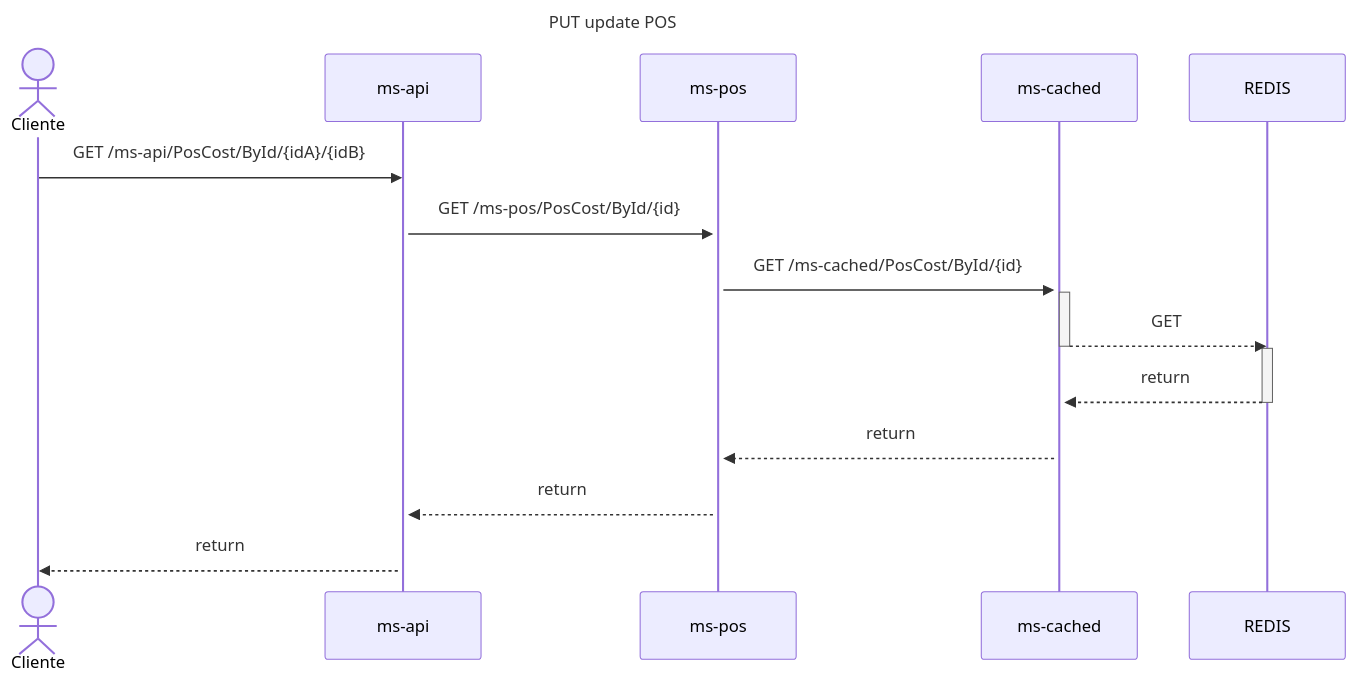
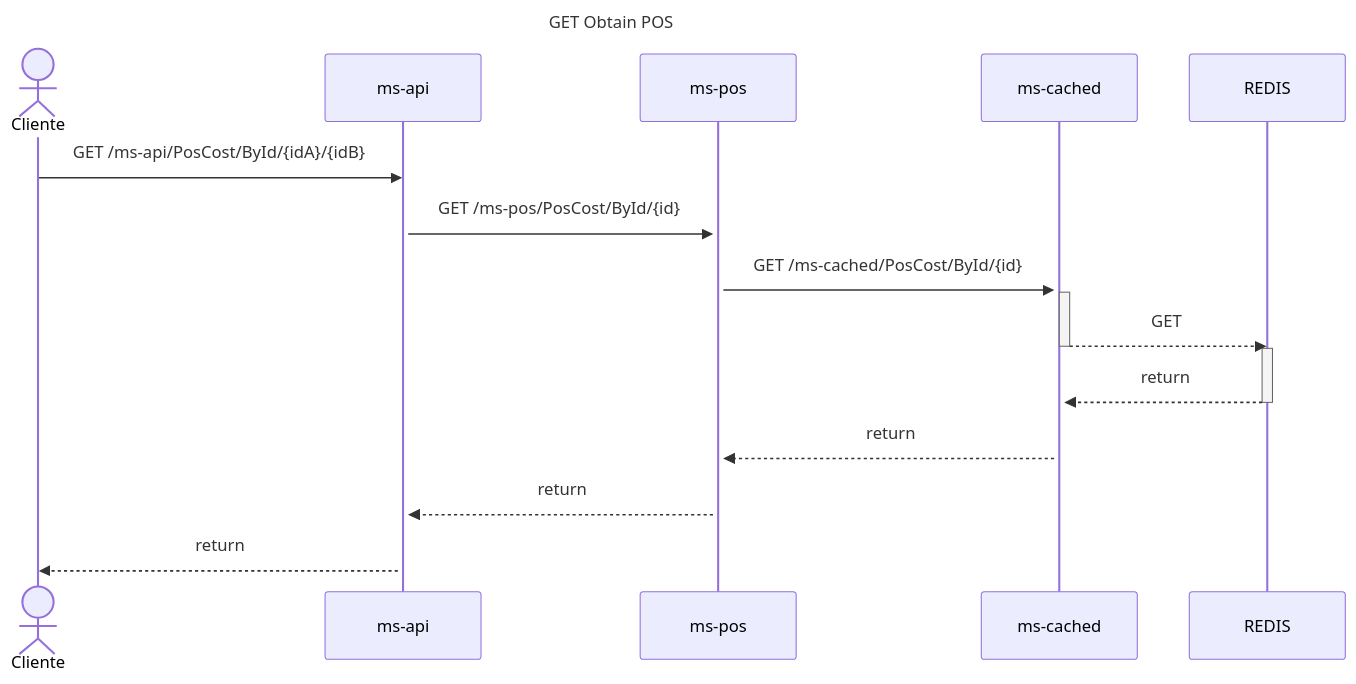
The tenth of 12 diagrams in README.md (sailenicolas/JavaChallenge), drawn with Mermaid before and after one commit. The commit also changed other lines of this file, not shown here.

Commit message:
Update sequence diagram titles in README.md

````diff
--- a/README.md
+++ b/README.md
@@ -317,24 +371,24 @@
 ```mermaid
 sequenceDiagram
-title PUT update POS
+title GET Obtain POS
     actor Cliente
     participant api as ms-api
     participant pos as ms-pos
     participant cached as ms-cached
     participant datos as REDIS
     Cliente->>api: GET /ms-api/PosCost/ById/{idA}/{idB}
     activate api
     activate pos
     api->>pos: GET /ms-pos/PosCost/ById/{id}
     activate cached
     pos->>cached: GET /ms-cached/PosCost/ById/{id}
     activate cached
     cached -->> datos: GET
     deactivate cached
     activate datos
     datos -->> cached: return
     deactivate datos
     cached -->> pos: return
     pos -->> api: return
     api -->> Cliente: return
 ```
````
